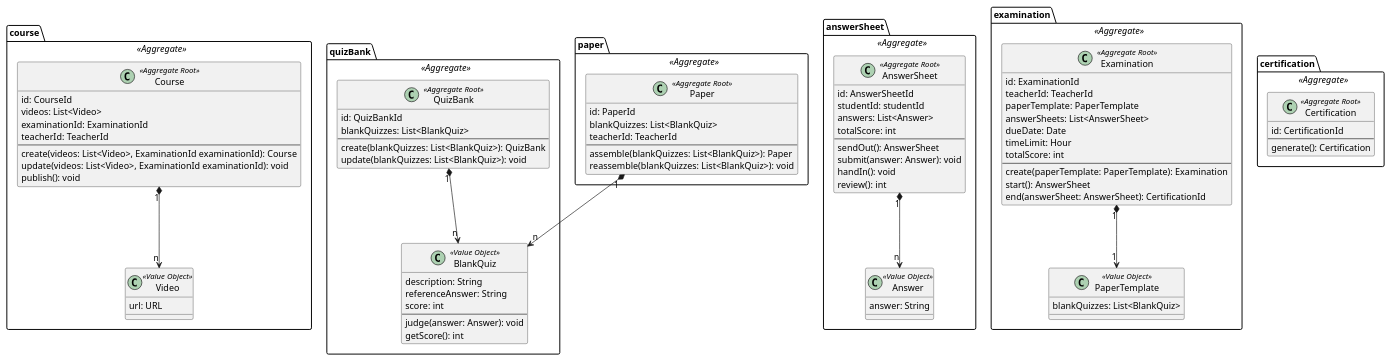
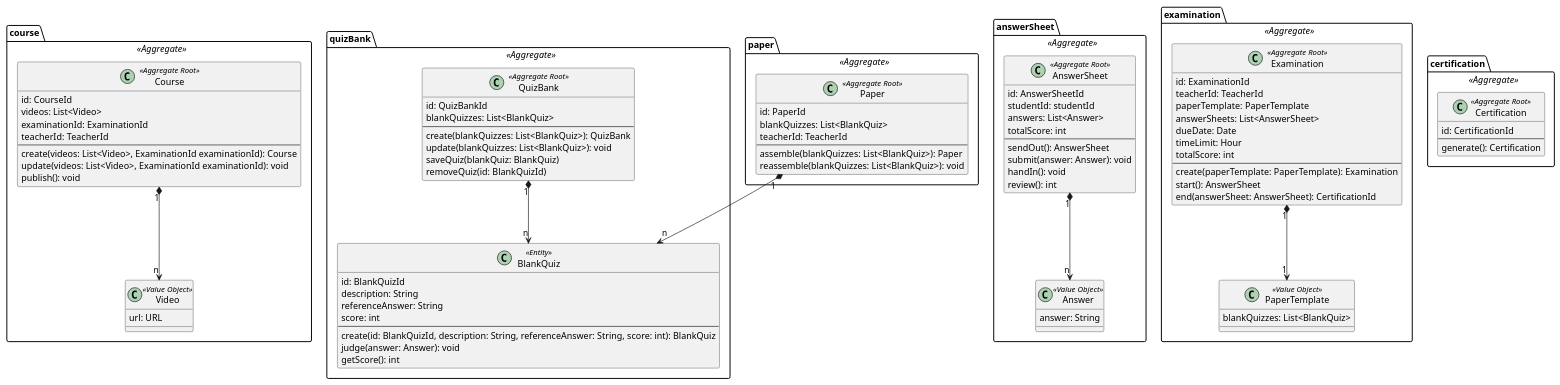
One commit to LENSHOOD/tw-ddd-exam-platform changed the diagram in design/examination_system.puml. Above: the diagram before and after it, drawn with PlantUML. The commit also changed 7 other files, not shown here.

Commit message:
feat: change blank quiz to entity

```diff
--- a/design/examination_system.puml
+++ b/design/examination_system.puml
@@ -1,104 +1,108 @@
 @startuml
 package course <<Aggregate>> {
     class Course <<Aggregate Root>> {
         id: CourseId
         videos: List<Video>
         examinationId: ExaminationId
         teacherId: TeacherId
         ---
         create(videos: List<Video>, ExaminationId examinationId): Course
         update(videos: List<Video>, ExaminationId examinationId): void
         publish(): void
     }
 
     class Video <<Value Object>> {
         url: URL
     }
 
     Course "1" *--> "n" Video
 }
 
 package quizBank <<Aggregate>> {
     class QuizBank <<Aggregate Root>> {
         id: QuizBankId
         blankQuizzes: List<BlankQuiz>
         ---
         create(blankQuizzes: List<BlankQuiz>): QuizBank
         update(blankQuizzes: List<BlankQuiz>): void
+        saveQuiz(blankQuiz: BlankQuiz)
+        removeQuiz(id: BlankQuizId)
     }
 
-    class BlankQuiz <<Value Object>> {
+    class BlankQuiz <<Entity>> {
+        id: BlankQuizId
         description: String
         referenceAnswer: String
         score: int
         ---
+        create(id: BlankQuizId, description: String, referenceAnswer: String, score: int): BlankQuiz
         judge(answer: Answer): void
         getScore(): int
     }
 
     QuizBank "1" *--> "n" BlankQuiz
 }
 
 package paper <<Aggregate>> {
     class Paper <<Aggregate Root>> {
         id: PaperId
         blankQuizzes: List<BlankQuiz>
         teacherId: TeacherId
         ---
         assemble(blankQuizzes: List<BlankQuiz>): Paper
         reassemble(blankQuizzes: List<BlankQuiz>): void
     }
 
     Paper "1" *--> "n" BlankQuiz
 }
 
 package answerSheet <<Aggregate>> {
     class AnswerSheet <<Aggregate Root>> {
         id: AnswerSheetId
         studentId: studentId
         answers: List<Answer>
         totalScore: int
         ---
         sendOut(): AnswerSheet
         submit(answer: Answer): void
         handIn(): void
         review(): int
     }
 
     class Answer <<Value Object>> {
         answer: String
     }
 
     AnswerSheet "1" *--> "n" Answer
 }
 
 package examination <<Aggregate>> {
     class Examination <<Aggregate Root>> {
         id: ExaminationId
         teacherId: TeacherId
         paperTemplate: PaperTemplate
         answerSheets: List<AnswerSheet>
         dueDate: Date
         timeLimit: Hour
         totalScore: int
         ---
         create(paperTemplate: PaperTemplate): Examination
         start(): AnswerSheet
         end(answerSheet: AnswerSheet): CertificationId
     }
 
     class PaperTemplate <<Value Object>> {
         blankQuizzes: List<BlankQuiz>
     }
 
     Examination "1" *--> "1" PaperTemplate
 }
 
 package certification <<Aggregate>> {
     class Certification <<Aggregate Root>> {
         id: CertificationId
         ---
         generate(): Certification
     }
 }
 @enduml
```
